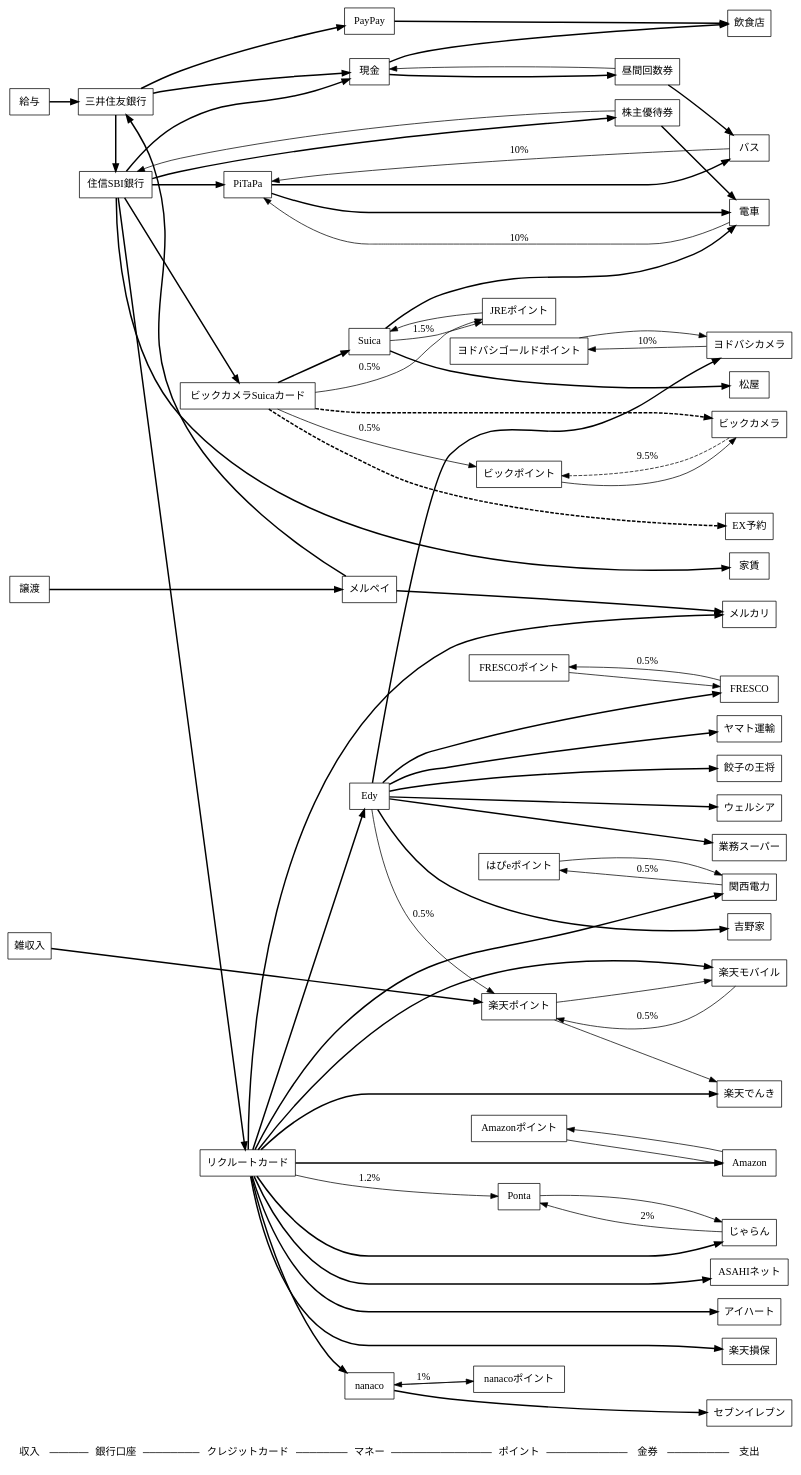
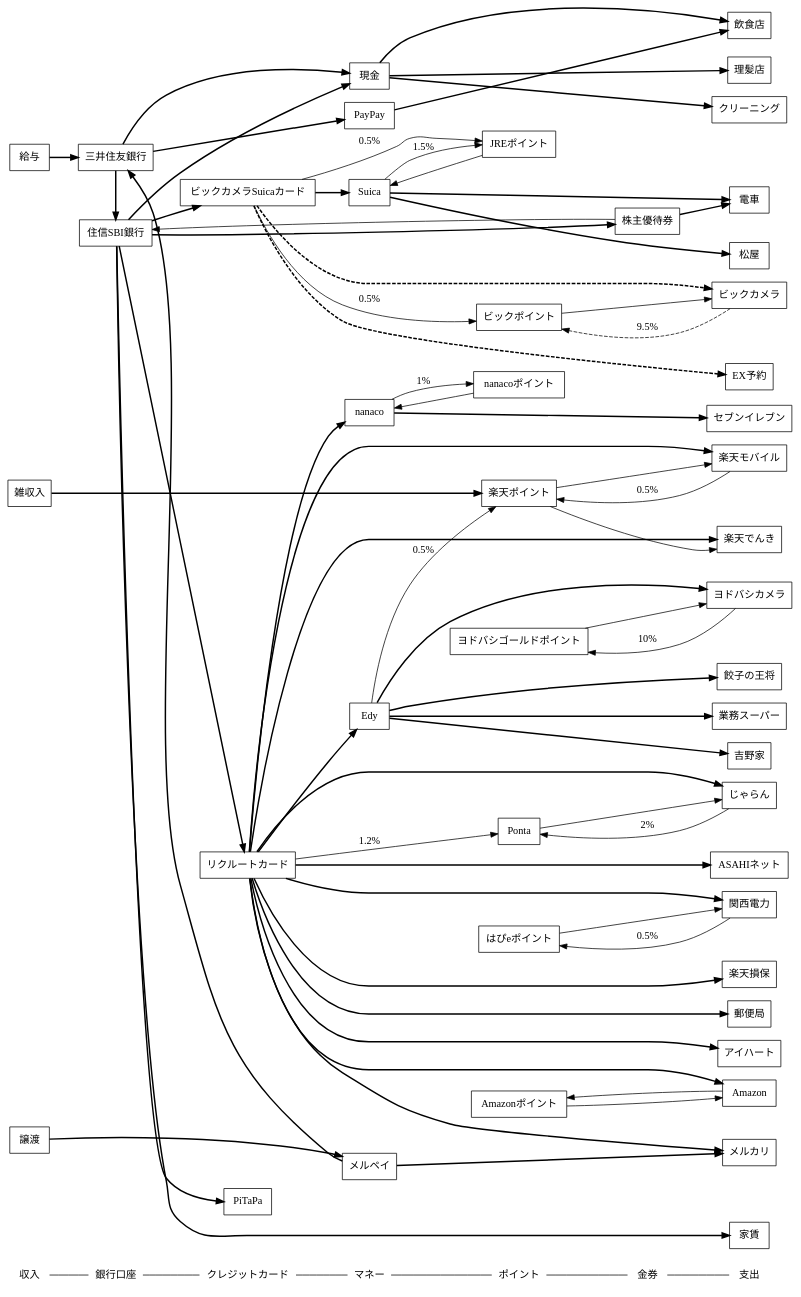
The diagram in moneyflow.dot (saireya/moneyflow), drawn with Graphviz before and after one commit. The commit also changed 1 other file, not shown here.

```diff
--- a/moneyflow.dot
+++ b/moneyflow.dot
@@ -1,176 +1,162 @@
 // dot -Tsvg moneyflow.dot -o moneyflow.svg
 // edge: bold: 支出, solid: 還元(label:還元率), dashed: Obsolete
 digraph "MoneyFlow"
 {
 	graph [ rankdir = LR ];
 	node [ shape = box ];
 
 	"収入", "銀行口座", "クレジットカード", "マネー", "ポイント", "金券", "支出" [shape = none];
 	"収入" -> "銀行口座" -> "クレジットカード" -> "マネー" -> "ポイント" -> "金券" -> "支出" [arrowhead = none];
 	{
 		rank = same; "収入";
 		給与;
 		譲渡;
 		雑収入;
 	}
 
 	{
 		rank = same; "銀行口座";
 		三井住友銀行;
 		住信SBI銀行;
 	}
 
 	{
 		rank = same; "クレジットカード";
 		ビックカメラSuicaカード;
 		リクルートカード;
 		PiTaPa;
 	}
 
 	{
 		rank = same; "マネー";
 		Suica;
 		現金;
 		nanaco;
 		Edy;
 		PayPay;
 		メルペイ;
 	}
 
 	{
 		rank = same; "ポイント";
 		// 共通ポイント
 		Ponta;
 		楽天ポイント;
 		// クレジットカード関係
 		JREポイント;
 		// 独自ポイント
 		ビックポイント;
 		Amazonポイント;
 		nanacoポイント;
-		FRESCOポイント;
 		ヨドバシゴールドポイント;
 		はぴeポイント;
 	}
 
 	{
 		rank = same; "金券";
 		株主優待券;
-		昼間回数券;
 	}
 
 	{
 		rank = same; "支出";
 		家賃;
 		// コンビニ
 		セブンイレブン;
 		// 交通
 		電車;
-		バス;
 		// インフラ
 		ASAHIネット;
 		楽天モバイル;
 		楽天でんき;
 		関西電力;
-		ヤマト運輸;
 		楽天損保;
+		郵便局;
 		// 店舗
 		アイハート;
-		ウェルシア;
 		ビックカメラ;
 		ヨドバシカメラ;
 		餃子の王将;
 		飲食店;
-		FRESCO;
 		業務スーパー;
 		松屋;
 		吉野家;
+		理髪店;
+		クリーニング;
 		// ネット
 		Amazon;
 		EX予約;
 		じゃらん;
 		メルカリ;
 	}
 
 	// SMBC
 	給与 -> 三井住友銀行 [style="bold", weight=100];
 	三井住友銀行 -> 現金, 住信SBI銀行 [style="bold", weight=100];
 	三井住友銀行 -> PayPay [style="bold", weight=100];
 	PayPay -> 飲食店 [style="bold", weight=100];
 
 	// ビックカメラSuicaカード
 	ビックカメラSuicaカード -> JREポイント [label="0.5%"];
 	ビックカメラSuicaカード -> ビックカメラ [style="bold,dashed", weight=100];
 	ビックカメラ -> ビックポイント [style="dashed", label="9.5%"];
 	ビックカメラSuicaカード -> ビックポイント [label="0.5%"]
 	ビックポイント -> ビックカメラ;
 	ビックカメラSuicaカード -> Suica -> 電車 [style="bold", weight=100];
 	Suica -> 松屋 [style="bold", weight=100];
 	ビックカメラSuicaカード -> EX予約 [style="bold,dashed", weight=100];
 	Suica -> JREポイント [label="1.5%"];
 	JREポイント -> Suica;
 
 	// 住信SBI
 	住信SBI銀行 -> 現金 [style="bold", weight=100];
 	住信SBI銀行 -> 家賃 [style="bold", weight=100];
 	住信SBI銀行 -> ビックカメラSuicaカード, リクルートカード, PiTaPa [style="bold", weight=100];
 	住信SBI銀行 -> 株主優待券 [style="bold", weight=100];
 	株主優待券 -> 電車 [style="bold", weight=100];
 	株主優待券 -> 住信SBI銀行;
 
 	// リクルートカード
 	リクルートカード -> ASAHIネット [style="bold", weight=100];
 	リクルートカード -> Amazon [style="bold", weight=100];
 	リクルートカード -> じゃらん [style="bold", weight=100];
 	リクルートカード -> アイハート [style="bold", weight=100];
 	リクルートカード -> 関西電力 [style="bold", weight=100];
 	関西電力 -> はぴeポイント [label="0.5%"];
 	はぴeポイント -> 関西電力;
 	リクルートカード -> 楽天でんき [style="bold", weight=100];
 	リクルートカード -> 楽天損保 [style="bold", weight=100];
 	リクルートカード -> 楽天モバイル [style="bold", weight=100];
 	楽天モバイル -> 楽天ポイント [label="0.5%"];
 	楽天ポイント -> 楽天モバイル, 楽天でんき;
 	リクルートカード -> Edy [style="bold", weight=100];
-	Edy -> ヤマト運輸 [style="bold", weight=100];
 	Edy -> ヨドバシカメラ [style="bold", weight=100];
 	ヨドバシカメラ -> ヨドバシゴールドポイント [label="10%"];
 	ヨドバシゴールドポイント -> ヨドバシカメラ;
-	Edy -> ウェルシア [style="bold", weight=100];
 	Edy -> 吉野家 [style="bold", weight=100];
 	Edy -> 楽天ポイント [label="0.5%"];
 	リクルートカード -> Ponta [label="1.2%"];
 	Ponta -> じゃらん;
 	じゃらん -> Ponta [label="2%"];
 	Amazon -> Amazonポイント -> Amazon;
 	リクルートカード -> nanaco [style="bold", weight=100];
 	nanaco -> セブンイレブン [style="bold", weight=100];
 	nanaco -> nanacoポイント [label="1%"];
 	nanacoポイント -> nanaco;
 	Edy -> 業務スーパー [style="bold", weight=100];
-	Edy -> FRESCO [style="bold", weight=100];
-	FRESCO -> FRESCOポイント [label="0.5%"];
-	FRESCOポイント -> FRESCO;
 	Edy -> 餃子の王将 [style="bold", weight=100];
-
-	// PiTaPa
-	PiTaPa -> 電車 [style="bold", weight=100];
-	電車 -> PiTaPa [label="10%"];
-	PiTaPa -> バス [style="bold", weight=100];
-	バス -> PiTaPa [label="10%"];
+	リクルートカード -> 郵便局 [style="bold", weight=100];
 
 	// 現金
 	現金 -> 飲食店 [style="bold", weight=100];
-	現金 -> 昼間回数券 [style="bold", weight=100];
-	昼間回数券 -> 現金;
-	昼間回数券 -> バス [style="bold", weight=100];
+	現金 -> 理髪店 [style="bold", weight=100];
+	現金 -> クリーニング [style="bold", weight=100];
 
 	// 譲渡
 	譲渡 -> メルペイ [style="bold", weight=100];
 	メルペイ -> メルカリ [style="bold", weight=100];
 	メルペイ -> 三井住友銀行 [style="bold", weight=100];
 	リクルートカード -> メルカリ [style="bold", weight=100];
 
 	// 雑収入
 	雑収入 -> 楽天ポイント [style="bold", weight=100];
 }
```
